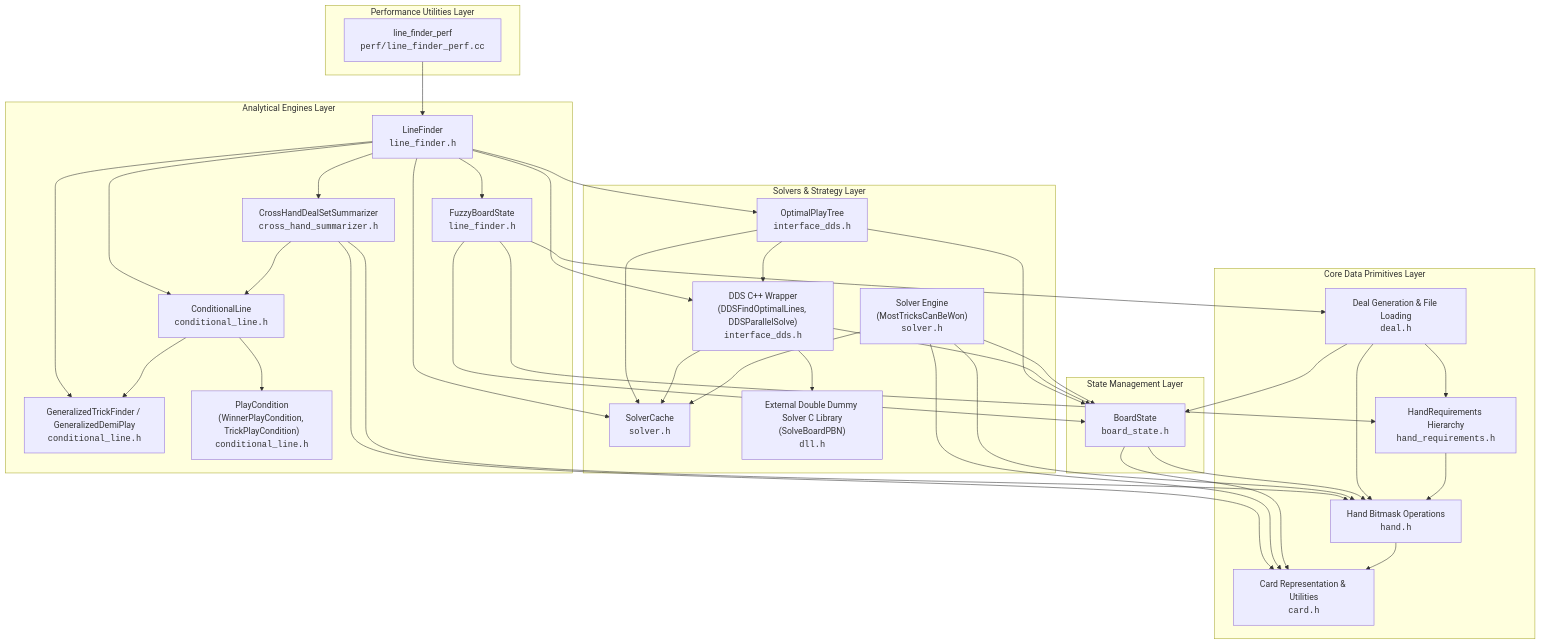
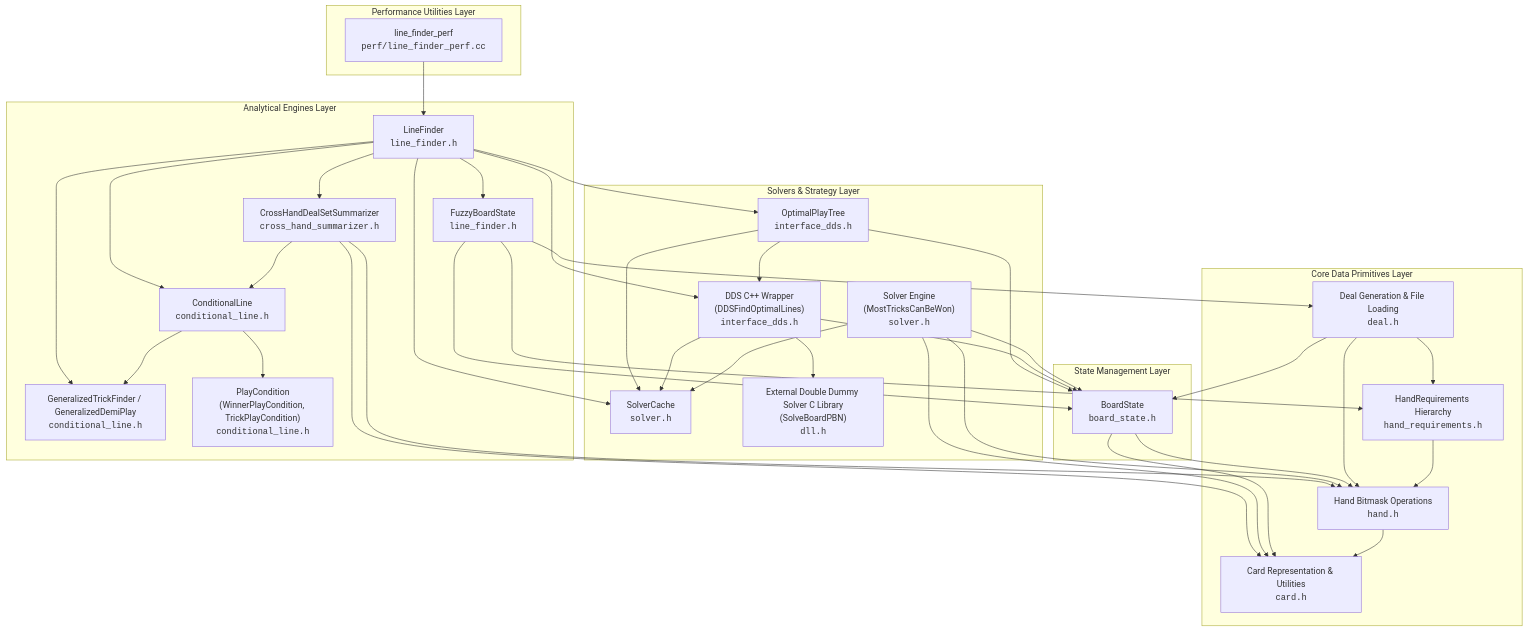
The first of 2 diagrams in docs/architecture.md (mflaster/bridge-high-line), drawn with Mermaid before and after one commit. The commit also changed other lines of this file and 7 other files, not shown here.

````diff
--- a/docs/architecture.md
+++ b/docs/architecture.md
@@ -11,79 +11,79 @@
 ```mermaid
 flowchart TB
     subgraph AnalyticalEngines["Analytical Engines Layer"]
         LF["LineFinder<br/><code>line_finder.h</code>"]
         FBS["FuzzyBoardState<br/><code>line_finder.h</code>"]
         CL["ConditionalLine<br/><code>conditional_line.h</code>"]
         GTF["GeneralizedTrickFinder / GeneralizedDemiPlay<br/><code>conditional_line.h</code>"]
         PC["PlayCondition<br/>(WinnerPlayCondition, TrickPlayCondition)<br/><code>conditional_line.h</code>"]
         CHDS["CrossHandDealSetSummarizer<br/><code>cross_hand_summarizer.h</code>"]
     end
 
     subgraph PerfUtils["Performance Utilities Layer"]
         LFP["line_finder_perf<br/><code>perf/line_finder_perf.cc</code>"]
     end
 
     subgraph SolversLayer["Solvers & Strategy Layer"]
         OPT["OptimalPlayTree<br/><code>interface_dds.h</code>"]
-        IDDS["DDS C++ Wrapper<br/>(DDSFindOptimalLines, DDSParallelSolve)<br/><code>interface_dds.h</code>"]
+        IDDS["DDS C++ Wrapper<br/>(DDSFindOptimalLines)<br/><code>interface_dds.h</code>"]
         MTCW["Solver Engine<br/>(MostTricksCanBeWon)<br/><code>solver.h</code>"]
         SC["SolverCache<br/><code>solver.h</code>"]
         EXTDDS["External Double Dummy Solver C Library<br/>(SolveBoardPBN)<br/><code>dll.h</code>"]
     end
 
     subgraph StateManagement["State Management Layer"]
         BS["BoardState<br/><code>board_state.h</code>"]
     end
 
     subgraph CorePrimitives["Core Data Primitives Layer"]
         CARD["Card Representation & Utilities<br/><code>card.h</code>"]
         HAND["Hand Bitmask Operations<br/><code>hand.h</code>"]
         HR["HandRequirements Hierarchy<br/><code>hand_requirements.h</code>"]
         DEAL["Deal Generation & File Loading<br/><code>deal.h</code>"]
     end
 
     %% Dependencies & Interaction Paths
     LFP --> LF
 
     LF --> FBS
     LF --> OPT
     LF --> IDDS
     LF --> SC
     LF --> GTF
     LF --> CL
     LF --> CHDS
 
     CHDS --> CL
     CHDS --> HAND
     CHDS --> CARD
 
     FBS --> HR
     FBS --> DEAL
     FBS --> BS
 
     CL --> PC
     CL --> GTF
 
     OPT --> BS
     OPT --> SC
     OPT --> IDDS
 
     IDDS --> BS
     IDDS --> SC
     IDDS --> EXTDDS
 
     MTCW --> BS
     MTCW --> SC
     MTCW --> CARD
     MTCW --> HAND
 
     BS --> CARD
     BS --> HAND
 
     DEAL --> BS
     DEAL --> HAND
     DEAL --> HR
 
     HR --> HAND
     HAND --> CARD
 ```
````
